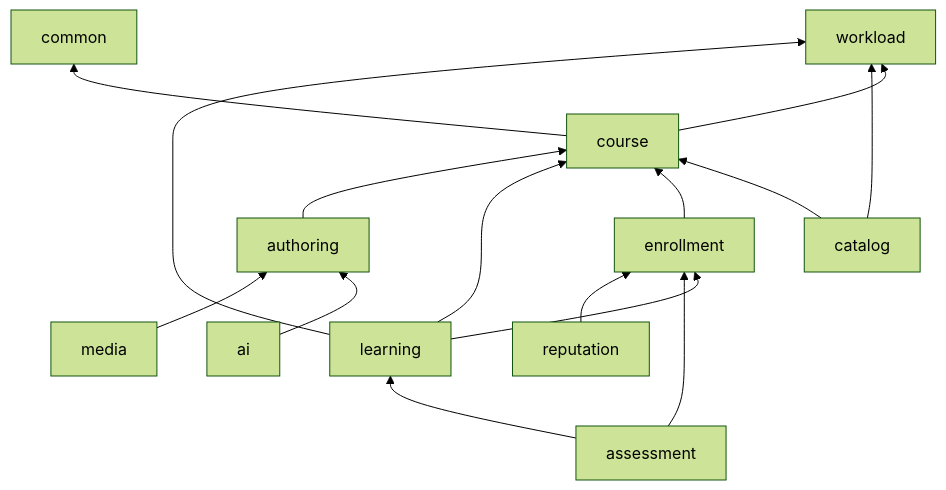
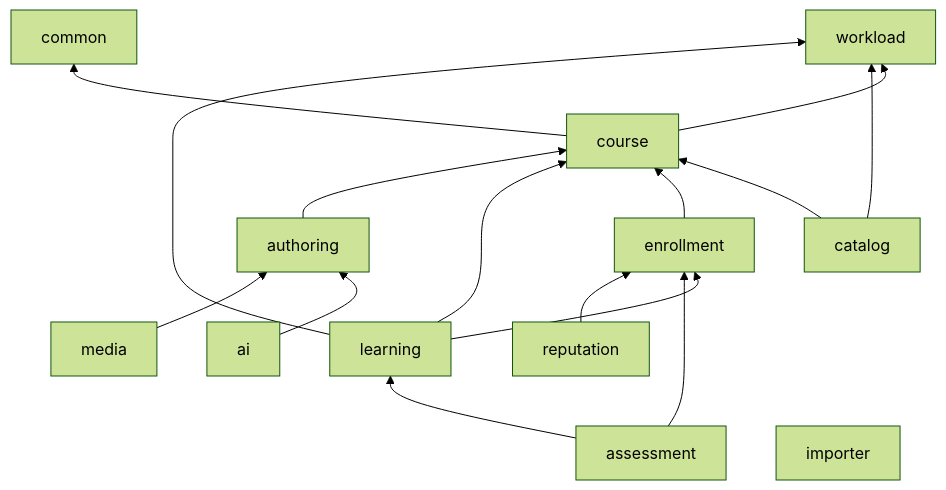
One commit to wasichai/elearning-backend changed the second of 3 diagrams in docs/architecture/overview.md. Above: the diagram before and after it, drawn with Mermaid (forest theme). The commit also changed 4 other files, not shown here.

````diff
--- a/docs/architecture/overview.md
+++ b/docs/architecture/overview.md
@@ -111,19 +111,20 @@
 ```mermaid
 flowchart BT
     common
     workload
     course --> common
     course --> workload
     catalog --> course
     catalog --> workload
     enrollment --> course
     learning --> enrollment
     learning --> course
     learning --> workload
     assessment --> learning
     assessment --> enrollment
     authoring --> course
+    importer
     ai --> authoring
     media --> authoring
     reputation --> enrollment
 ```
````
